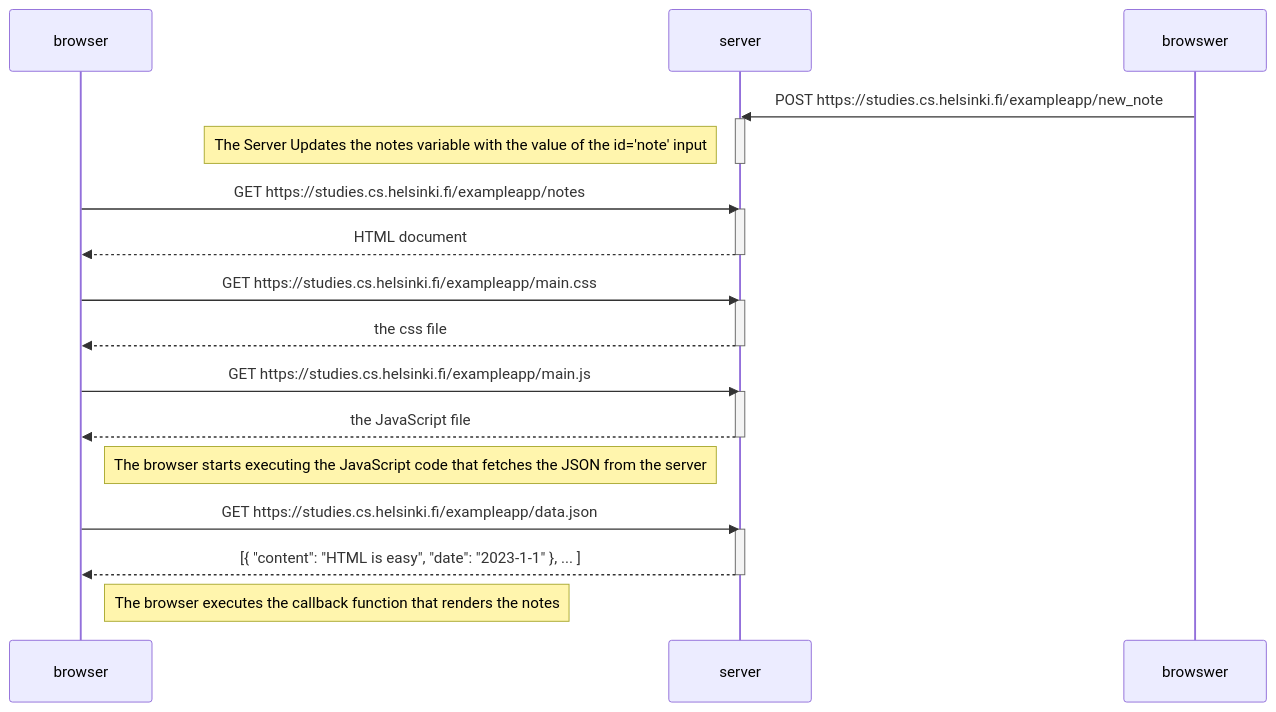
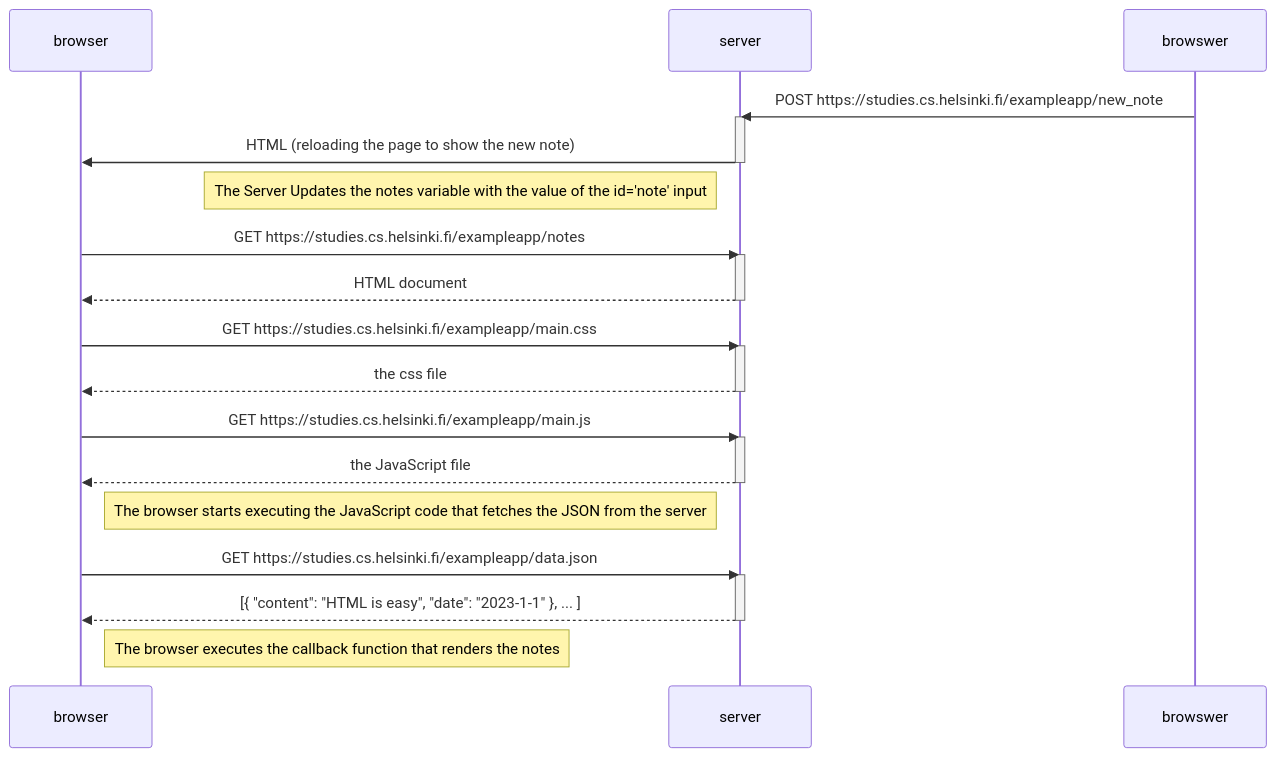
The diagram in part0/0.4-NewNoteDiagram.md (aeronjay/FSO-Submissions), drawn with Mermaid before and after one commit.

Commit message:
done 0.4

````diff
--- a/part0/0.4-NewNoteDiagram.md
+++ b/part0/0.4-NewNoteDiagram.md
@@ -1,35 +1,37 @@
 ```mermaid
 sequenceDiagram
     participant browser
     participant server
 
     browswer->>server: POST https://studies.cs.helsinki.fi/exampleapp/new_note
     activate server
+    server->>browser: HTML (reloading the page to show the new note)
+    deactivate server
+
+    Note left of server: The Server Updates the notes variable with the value of the id='note' input
     
-    Note left of server: The Server Updates the notes variable with the value of the id='note' input
-    deactivate server
 
     browser->>server: GET https://studies.cs.helsinki.fi/exampleapp/notes
     activate server
     server-->>browser: HTML document
     deactivate server
 
     browser->>server: GET https://studies.cs.helsinki.fi/exampleapp/main.css
     activate server
     server-->>browser: the css file
     deactivate server
 
     browser->>server: GET https://studies.cs.helsinki.fi/exampleapp/main.js
     activate server
     server-->>browser: the JavaScript file
     deactivate server
 
     Note right of browser: The browser starts executing the JavaScript code that fetches the JSON from the server
 
     browser->>server: GET https://studies.cs.helsinki.fi/exampleapp/data.json
     activate server
     server-->>browser: [{ "content": "HTML is easy", "date": "2023-1-1" }, ... ]
     deactivate server
 
     Note right of browser: The browser executes the callback function that renders the notes
 ```
````
